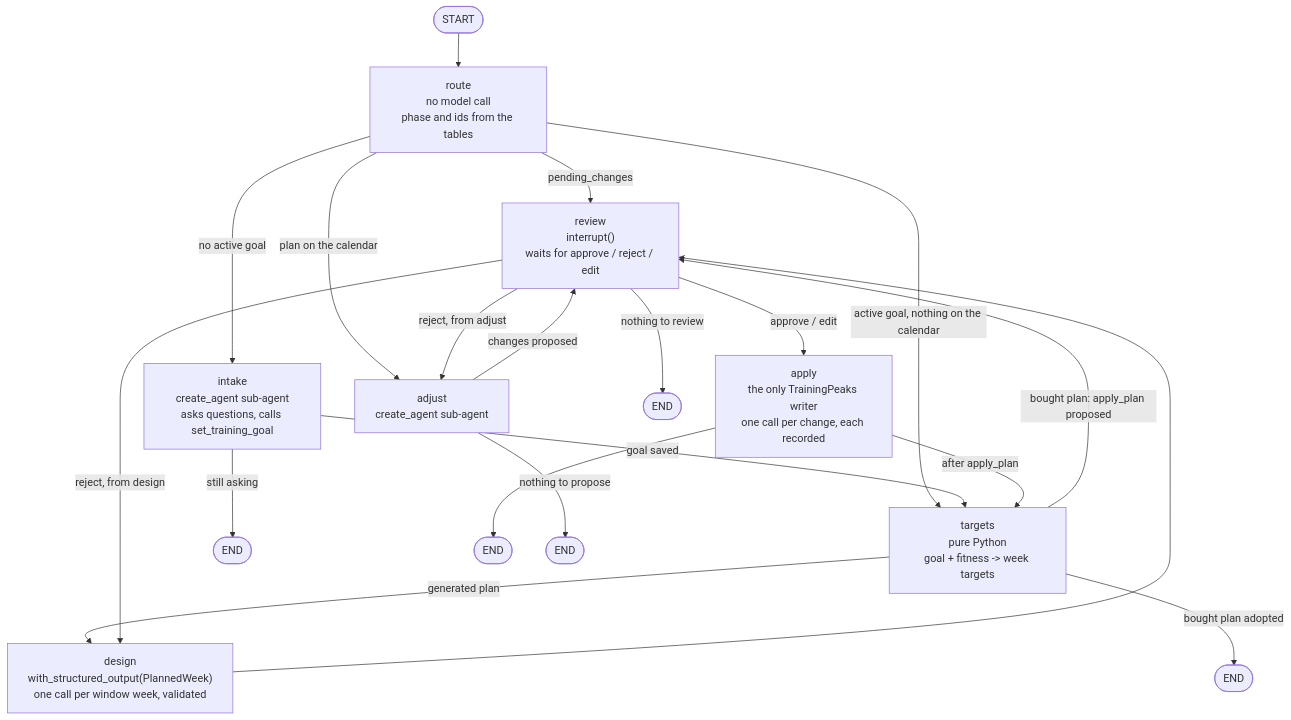
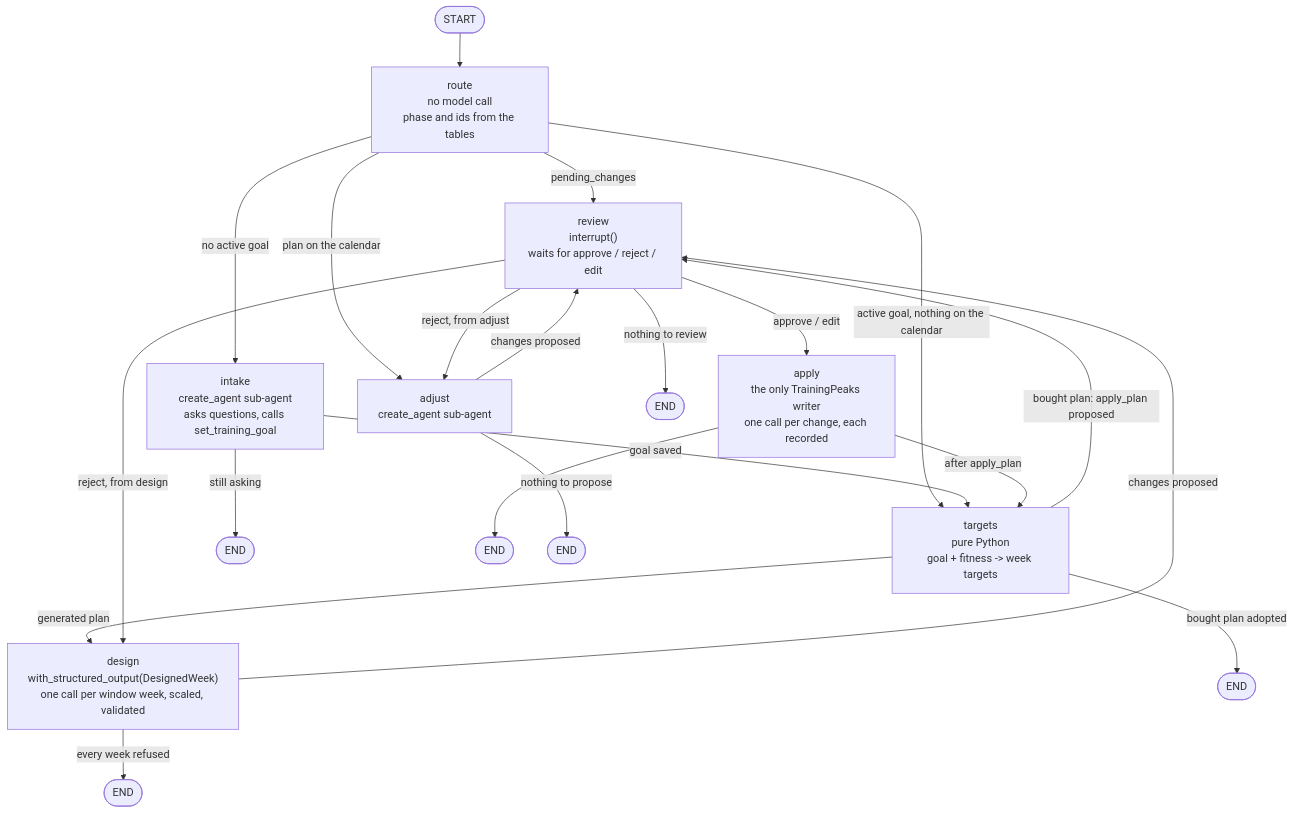
The diagram in packages/tri-planning/README.md (paradigmbrian/triathlon-agent), drawn with Mermaid before and after one commit. The commit also changed other lines of this file and 2 other files, not shown here.

First line of the commit message:
docs: list 008_guardrails, DesignedWeek, and the refused-week exit 1

````diff
--- a/packages/tri-planning/README.md
+++ b/packages/tri-planning/README.md
@@ -16,31 +16,32 @@
 ```mermaid
 flowchart TD
     START([START]) --> route
     route -->|pending_changes| review
     route -->|no active goal| intake
     route -->|active goal, nothing on the calendar| targets
     route -->|plan on the calendar| adjust
 
     route["route\nno model call\nphase and ids from the tables"]
     intake["intake\ncreate_agent sub-agent\nasks questions, calls set_training_goal"]
     targets["targets\npure Python\ngoal + fitness -> week targets"]
-    design["design\nwith_structured_output(PlannedWeek)\none call per window week, validated"]
+    design["design\nwith_structured_output(DesignedWeek)\none call per window week, scaled, validated"]
     review["review\ninterrupt()\nwaits for approve / reject / edit"]
     apply["apply\nthe only TrainingPeaks writer\none call per change, each recorded"]
     adjust["adjust\ncreate_agent sub-agent"]
 
     intake -->|goal saved| targets
     intake -->|still asking| END1([END])
     targets -->|bought plan: apply_plan proposed| review
     targets -->|generated plan| design
     targets -->|bought plan adopted| END2([END])
-    design --> review
+    design -->|changes proposed| review
+    design -->|every week refused| END6([END])
     review -->|approve / edit| apply
     review -->|reject, from design| design
     review -->|reject, from adjust| adjust
     review -->|nothing to review| END3([END])
     apply -->|after apply_plan| targets
     apply --> END4([END])
     adjust -->|changes proposed| review
     adjust -->|nothing to propose| END5([END])
 ```
````
